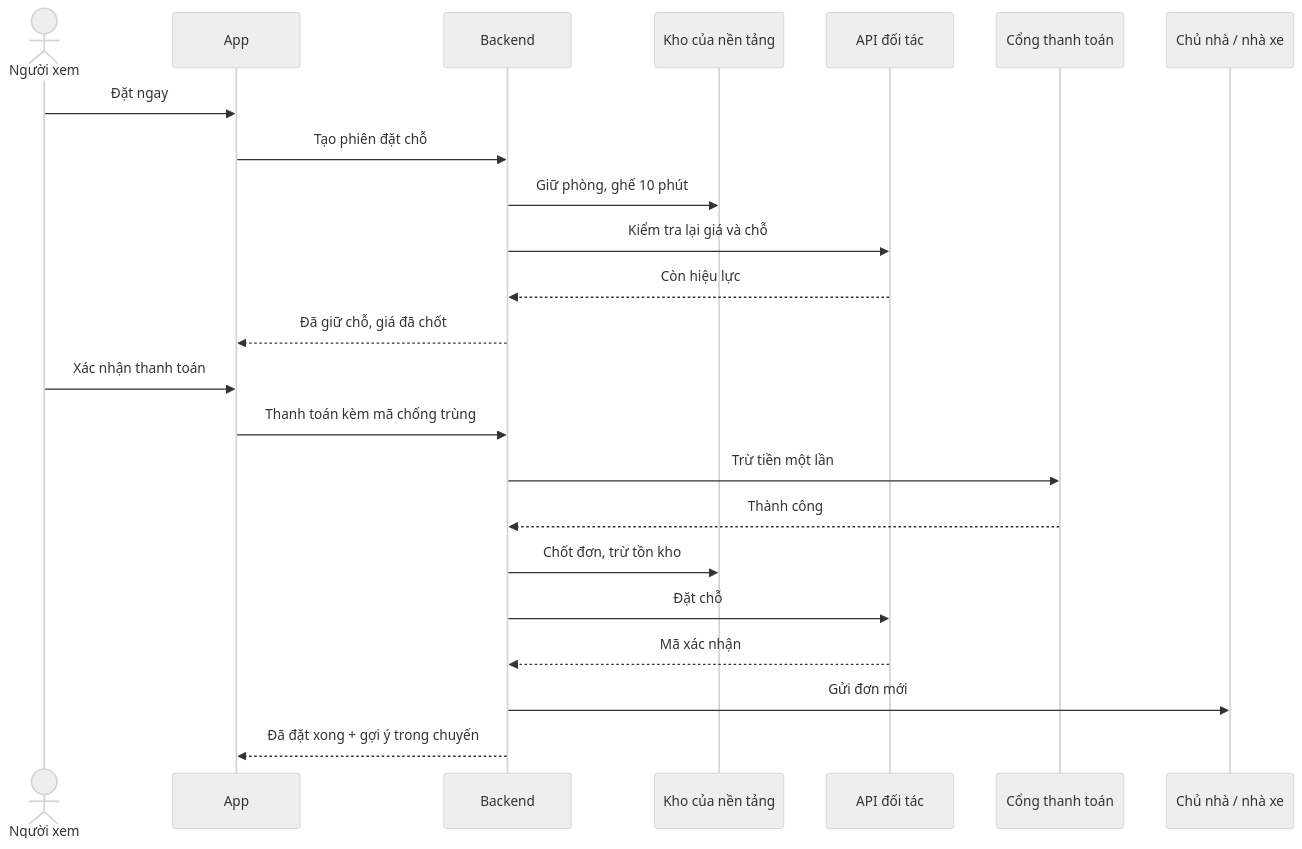
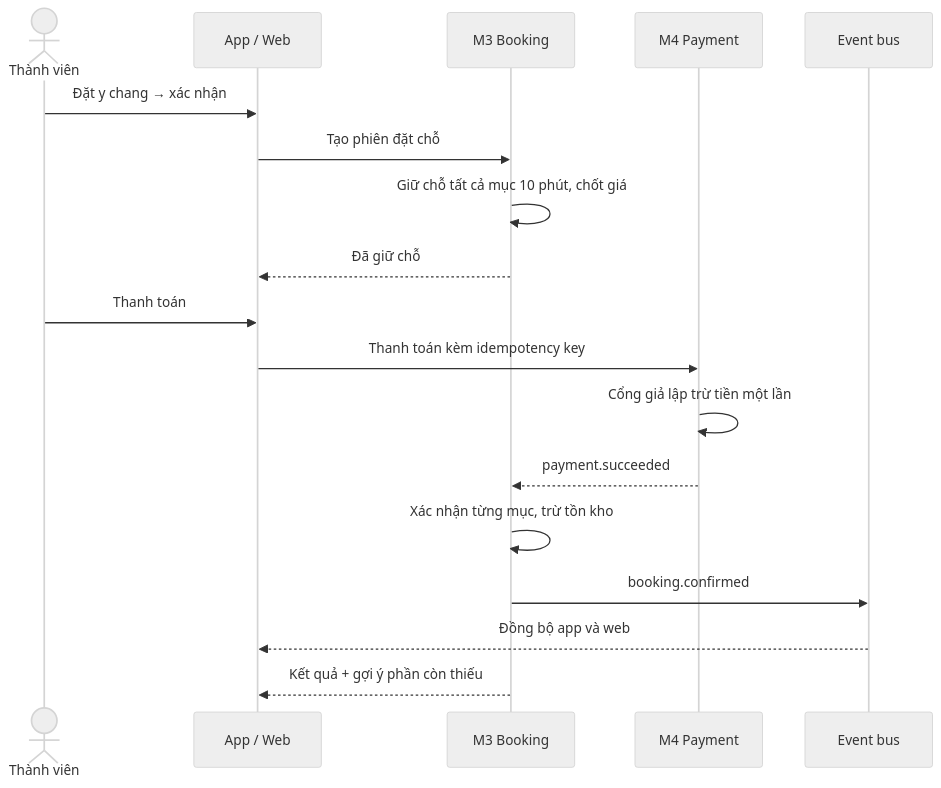
Before and after one commit to lengqbaorr/OTA_research: the fourth of 5 diagrams in docs/03-y-tuong-trien-khai.md, drawn with Mermaid (neutral theme). The commit also changed other lines of this file and 3 other files, not shown here.

First line of the commit message:
Align docs with the agreed Tripflix direction: verified travelers, Đặt y chang, Vinpearl scope, module assignment

````diff
--- a/docs/03-y-tuong-trien-khai.md
+++ b/docs/03-y-tuong-trien-khai.md
@@ -361,25 +343,20 @@
 ```mermaid
 sequenceDiagram
-    actor U as Người xem
-    participant APP as App
-    participant BE as Backend
-    participant INV as Kho của nền tảng
-    participant API as API đối tác
-    participant PG as Cổng thanh toán
-    participant HOST as Chủ nhà / nhà xe
-    U->>APP: Đặt ngay
-    APP->>BE: Tạo phiên đặt chỗ
-    BE->>INV: Giữ phòng, ghế 10 phút
-    BE->>API: Kiểm tra lại giá và chỗ
-    API-->>BE: Còn hiệu lực
-    BE-->>APP: Đã giữ chỗ, giá đã chốt
-    U->>APP: Xác nhận thanh toán
-    APP->>BE: Thanh toán kèm mã chống trùng
-    BE->>PG: Trừ tiền một lần
-    PG-->>BE: Thành công
-    BE->>INV: Chốt đơn, trừ tồn kho
-    BE->>API: Đặt chỗ
-    API-->>BE: Mã xác nhận
-    BE->>HOST: Gửi đơn mới
-    BE-->>APP: Đã đặt xong + gợi ý trong chuyến
+    actor U as Thành viên
+    participant APP as App / Web
+    participant BK as M3 Booking
+    participant PM as M4 Payment
+    participant EB as Event bus
+    U->>APP: Đặt y chang → xác nhận
+    APP->>BK: Tạo phiên đặt chỗ
+    BK->>BK: Giữ chỗ tất cả mục 10 phút, chốt giá
+    BK-->>APP: Đã giữ chỗ
+    U->>APP: Thanh toán
+    APP->>PM: Thanh toán kèm idempotency key
+    PM->>PM: Cổng giả lập trừ tiền một lần
+    PM-->>BK: payment.succeeded
+    BK->>BK: Xác nhận từng mục, trừ tồn kho
+    BK->>EB: booking.confirmed
+    EB-->>APP: Đồng bộ app và web
+    BK-->>APP: Kết quả + gợi ý phần còn thiếu
 ```
````
